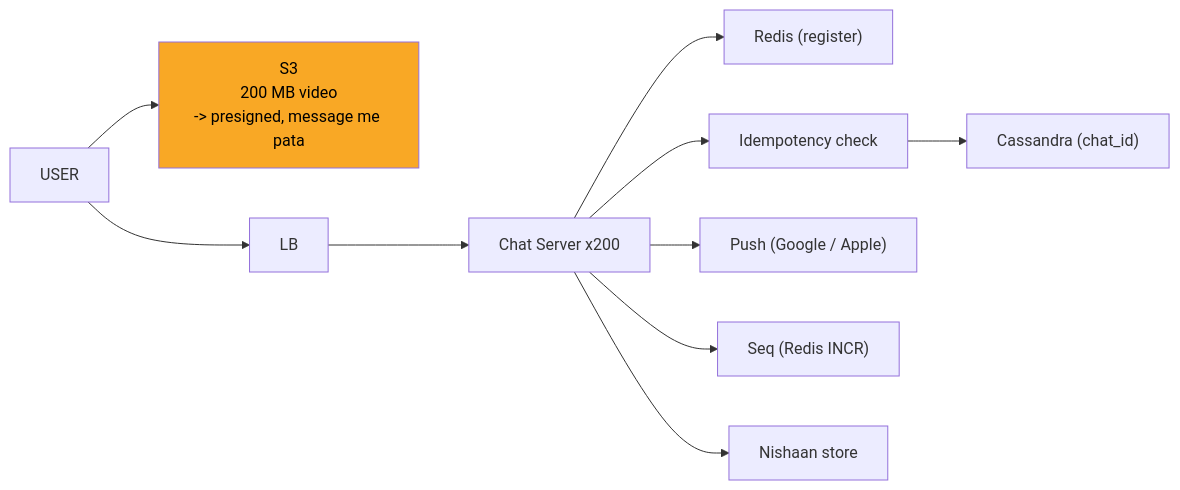
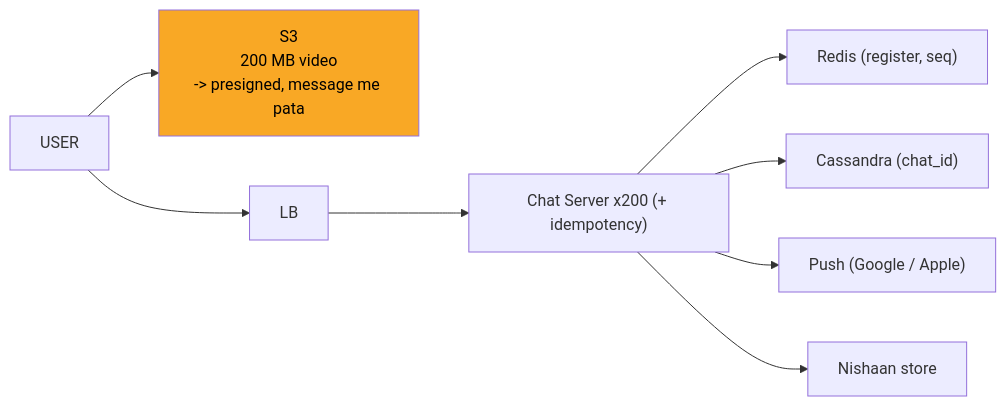
The tenth of 12 diagrams in 04_HLD/SYSTEM_DESIGNS/14_chat_messaging/14_chat_messaging.md (ArpanMaheshwari144/Prep), drawn with Mermaid before and after one commit. The commit also changed other lines of this file and 11 other files, not shown here.

Commit message:
hld: card diagrams max 8 boxes (App x N, merged stores/chains; full diagram only in AAKHRI DABBA)

````diff
--- a/04_HLD/SYSTEM_DESIGNS/14_chat_messaging/14_chat_messaging.md
+++ b/04_HLD/SYSTEM_DESIGNS/14_chat_messaging/14_chat_messaging.md
@@ -386,23 +384,19 @@
 ```mermaid
 flowchart LR
     n_S3["S3<br/>200 MB video<br/>-> presigned, message me pata"]
     n_U["USER"]
     n_LB["LB"]
-    n_CS["Chat Server x200"]
-    n_R["Redis (register)"]
-    n_I["Idempotency check"]
+    n_CS["Chat Server x200 (+ idempotency)"]
+    n_R["Redis (register, seq)"]
     n_CA["Cassandra (chat_id)"]
     n_P["Push (Google / Apple)"]
-    n_SQ["Seq (Redis INCR)"]
     n_NS["Nishaan store"]
     n_U --> n_S3
     n_U --> n_LB
     n_LB --> n_CS
     n_CS --> n_R
-    n_CS --> n_I
-    n_I --> n_CA
+    n_CS --> n_CA
     n_CS --> n_P
-    n_CS --> n_SQ
     n_CS --> n_NS
     style n_S3 fill:#f9a825,color:#000
 ```
````
